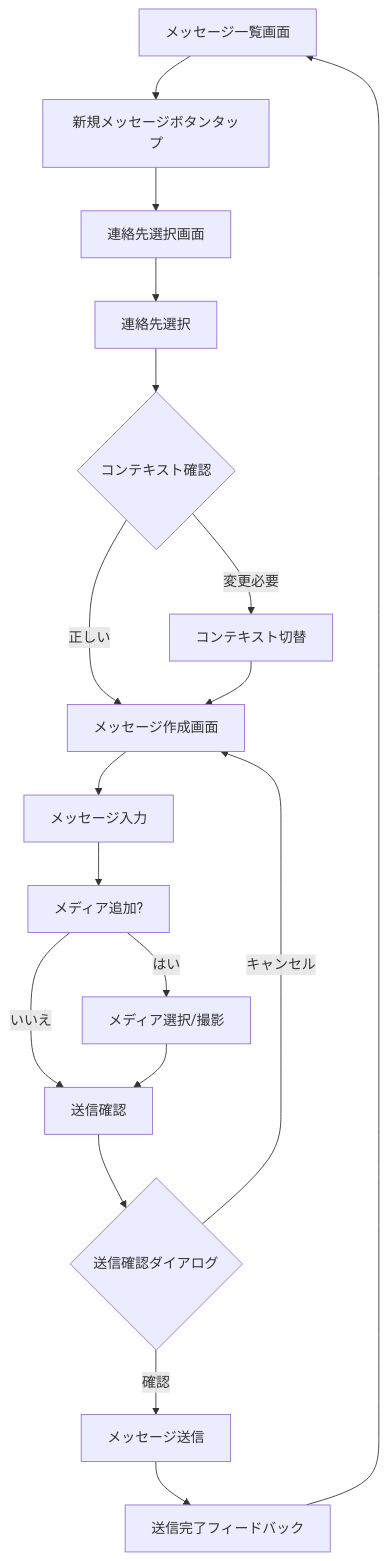
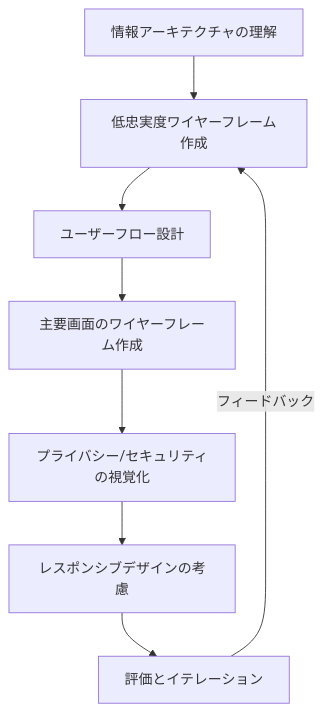
One commit to hamatz/tech_doc changed the sixth of 11 diagrams in uiux_book.md. Above: the diagram before and after it, drawn with Mermaid. The commit also changed other lines of this file, not shown here.

````diff
--- a/uiux_book.md
+++ b/uiux_book.md
@@ -1221,20 +957,10 @@
 ```mermaid
 graph TD
-    A[メッセージ一覧画面] --> B[新規メッセージボタンタップ]
-    B --> C[連絡先選択画面]
-    C --> D[連絡先選択]
-    D --> E{コンテキスト確認}
-    E -->|正しい| F[メッセージ作成画面]
-    E -->|変更必要| G[コンテキスト切替]
-    G --> F
-    F --> H[メッセージ入力]
-    H --> I[メディア追加?]
-    I -->|はい| J[メディア選択/撮影]
-    I -->|いいえ| K[送信確認]
-    J --> K
-    K --> L{送信確認ダイアログ}
-    L -->|確認| M[メッセージ送信]
-    L -->|キャンセル| F
-    M --> N[送信完了フィードバック]
-    N --> A
+    A[情報アーキテクチャの理解] --> B[低忠実度ワイヤーフレーム作成]
+    B --> C[ユーザーフロー設計]
+    C --> D[主要画面のワイヤーフレーム作成]
+    D --> E[プライバシー/セキュリティの視覚化]
+    E --> F[レスポンシブデザインの考慮]
+    F --> G[評価とイテレーション]
+    G -->|フィードバック| B
 ```
````
